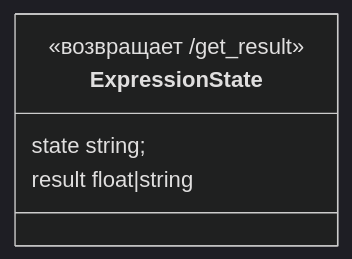
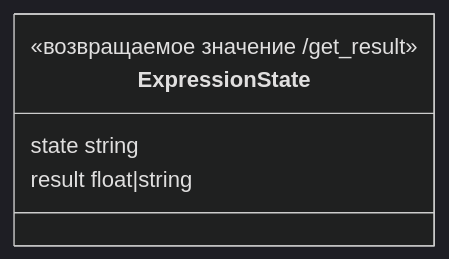
One commit to XJIeI5/calculator changed the fourth of 4 diagrams in README.md. Above: the diagram before and after it, drawn with Mermaid (dark theme).

````diff
--- a/README.md
+++ b/README.md
@@ -198,8 +198,8 @@
 ```mermaid
 classDiagram
 class ExpressionState {
-  <<возвращает /get_result>>
-  state string;
+  <<возвращаемое значение /get_result>>
+  state string
   result float|string
 }
 ```
````
